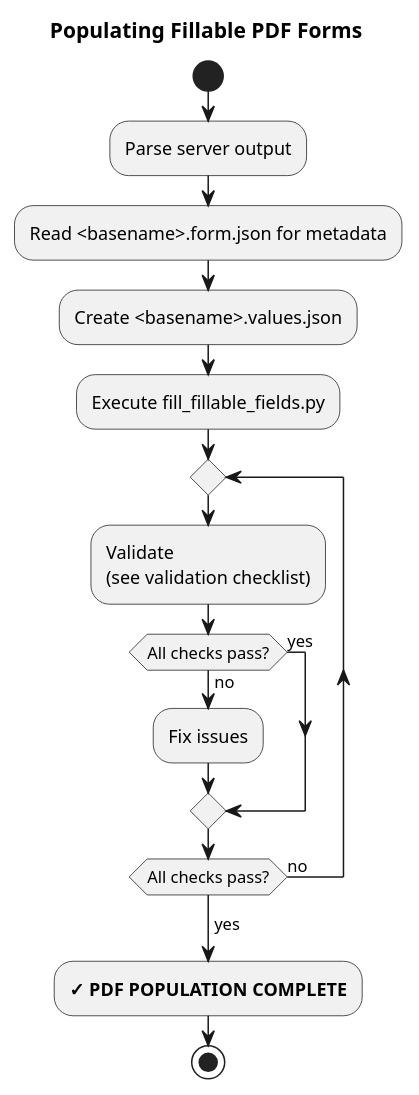
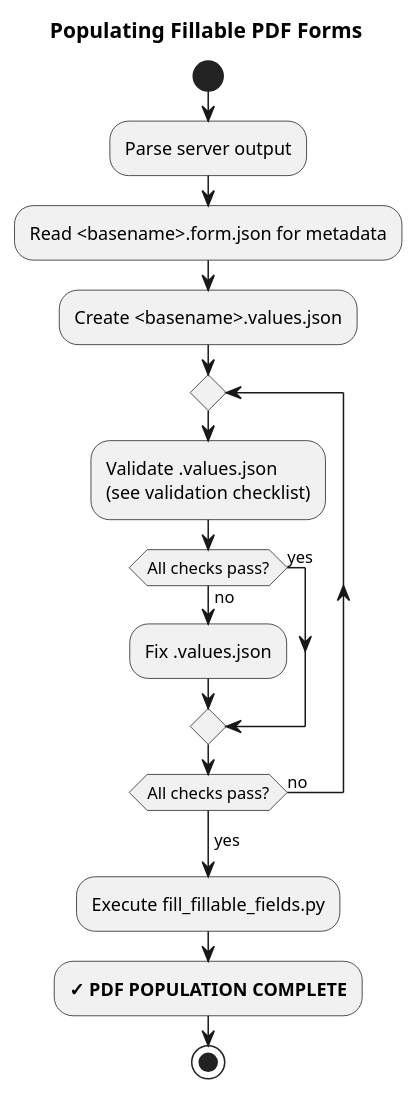
The diagram in Claude/filling-pdf-forms/skills/filling-pdf-forms/references/populating-fillable.md (jhs/Chatfield), drawn with PlantUML before and after one commit. The commit also changed other lines of this file, not shown here.

Commit message:
Validate before populate

````diff
--- a/Claude/filling-pdf-forms/skills/filling-pdf-forms/references/populating-fillable.md
+++ b/Claude/filling-pdf-forms/skills/filling-pdf-forms/references/populating-fillable.md
@@ -9,21 +9,21 @@
 ```plantuml
 @startuml populating-fillable
 title Populating Fillable PDF Forms
 start
 :Parse server output;
 :Read <basename>.form.json for metadata;
 :Create <basename>.values.json;
-:Execute fill_fillable_fields.py;
 repeat
-  :Validate
+  :Validate .values.json
   (see validation checklist);
   if (All checks pass?) then (yes)
   else (no)
-    :Fix issues;
+    :Fix .values.json;
   endif
 repeat while (All checks pass?) is (no)
 ->yes;
+:Execute fill_fillable_fields.py;
 :**✓ PDF POPULATION COMPLETE**;
 stop
 @enduml
 ```
````
